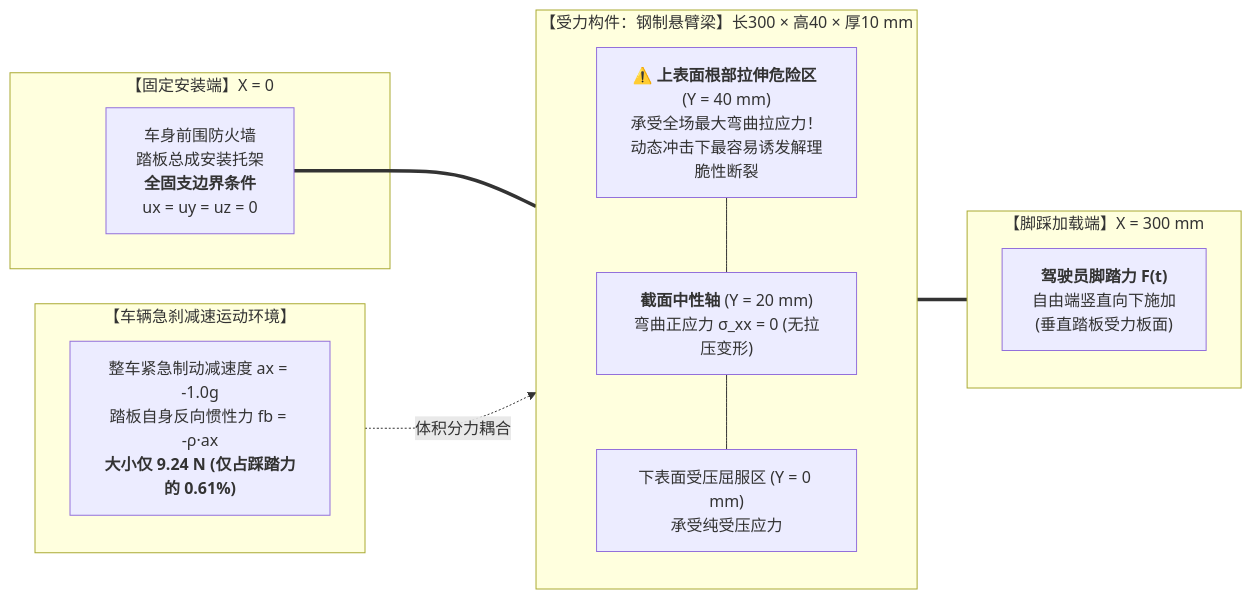
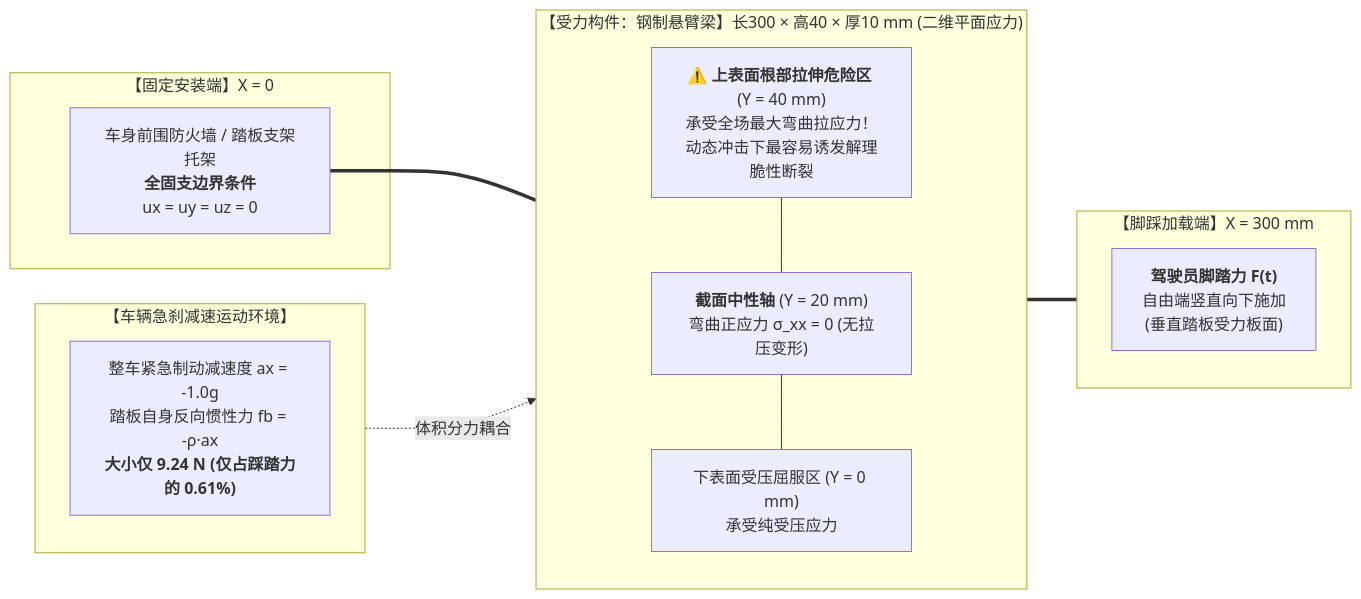
One commit to feiyushaw/dynamic-structural-reliability-benchmark changed the first of 3 diagrams in README.md. Above: the diagram before and after it, drawn with Mermaid. The commit also changed other lines of this file and 12 other files, not shown here.

````diff
--- a/README.md
+++ b/README.md
@@ -20,26 +20,26 @@
 ```mermaid
 flowchart LR
     subgraph Support["【固定安装端】X = 0"]
-        Fixed["车身前围防火墙<br>踏板总成安装托架<br><b>全固支边界条件</b><br>ux = uy = uz = 0"]
+        Fixed["车身前围防火墙 / 踏板支架托架<br><b>全固支边界条件</b><br>ux = uy = uz = 0"]
     end
 
-    subgraph Beam["【受力构件：钢制悬臂梁】长300 × 高40 × 厚10 mm"]
+    subgraph Beam["【受力构件：钢制悬臂梁】长300 × 高40 × 厚10 mm (二维平面应力)"]
         direction TB
         TopZone["⚠️ <b>上表面根部拉伸危险区</b> (Y = 40 mm)<br>承受全场最大弯曲拉应力！<br>动态冲击下最容易诱发解理脆性断裂"]
         Neutral["<b>截面中性轴</b> (Y = 20 mm)<br>弯曲正应力 σ_xx = 0 (无拉压变形)"]
         BottomZone["下表面受压屈服区 (Y = 0 mm)<br>承受纯受压应力"]
         TopZone --- Neutral --- BottomZone
     end
 
     subgraph Loading["【脚踩加载端】X = 300 mm"]
         FootForce["<b>驾驶员脚踏力 F(t)</b><br>自由端竖直向下施加<br>(垂直踏板受力板面)"]
     end
 
     subgraph ChassisInertia["【车辆急刹减速运动环境】"]
         Decel["整车紧急制动减速度 ax = -1.0g<br>踏板自身反向惯性力 fb = -ρ·ax<br><b>大小仅 9.24 N (仅占踩踏力的 0.61%)</b>"]
     end
 
     Fixed === Beam
     Beam === Loading
     ChassisInertia -.->|体积分力耦合| Beam
 ```
````
